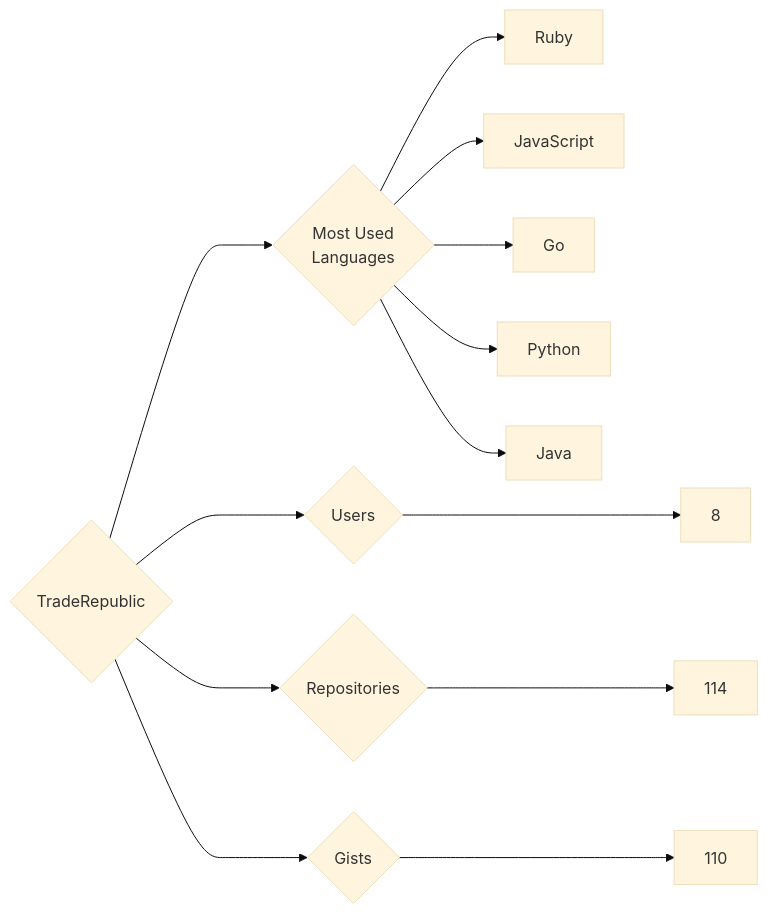
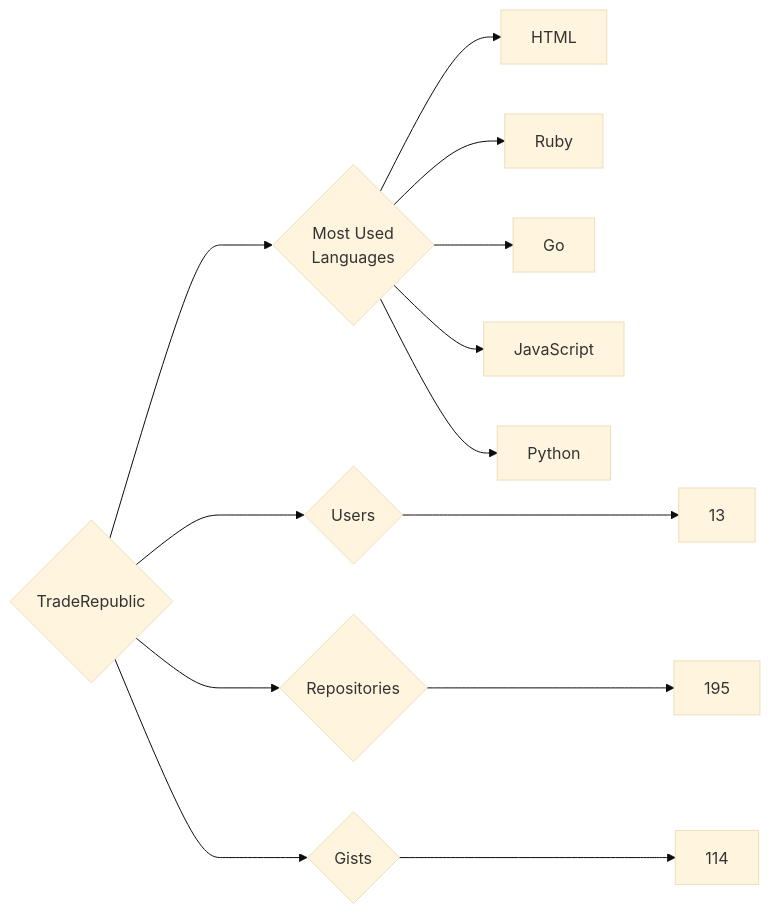
One commit to trickest/insiders changed the diagram in targets/TradeRepublic/README.md. Above: the diagram before and after it, drawn with Mermaid (base theme). The commit also changed 1696 other files, not shown here.

````diff
--- a/targets/TradeRepublic/README.md
+++ b/targets/TradeRepublic/README.md
@@ -3,13 +3,13 @@
 ```mermaid
 graph LR
 COMPANY_NAME{TradeRepublic}
-COMPANY_NAME ---> U{Users} ---> UN[8]
-COMPANY_NAME ---> R{Repositories} ---> RN[114]
-COMPANY_NAME ---> G{Gists} ---> GN[110]
+COMPANY_NAME ---> U{Users} ---> UN[13]
+COMPANY_NAME ---> R{Repositories} ---> RN[195]
+COMPANY_NAME ---> G{Gists} ---> GN[114]
 COMPANY_NAME ---> ML{Most Used<br>Languages}
+ML --> HTML[HTML]
 ML --> Ruby[Ruby]
+ML --> Go[Go]
 ML --> JavaScript[JavaScript]
-ML --> Go[Go]
 ML --> Python[Python]
-ML --> Java[Java]
 ```
````
